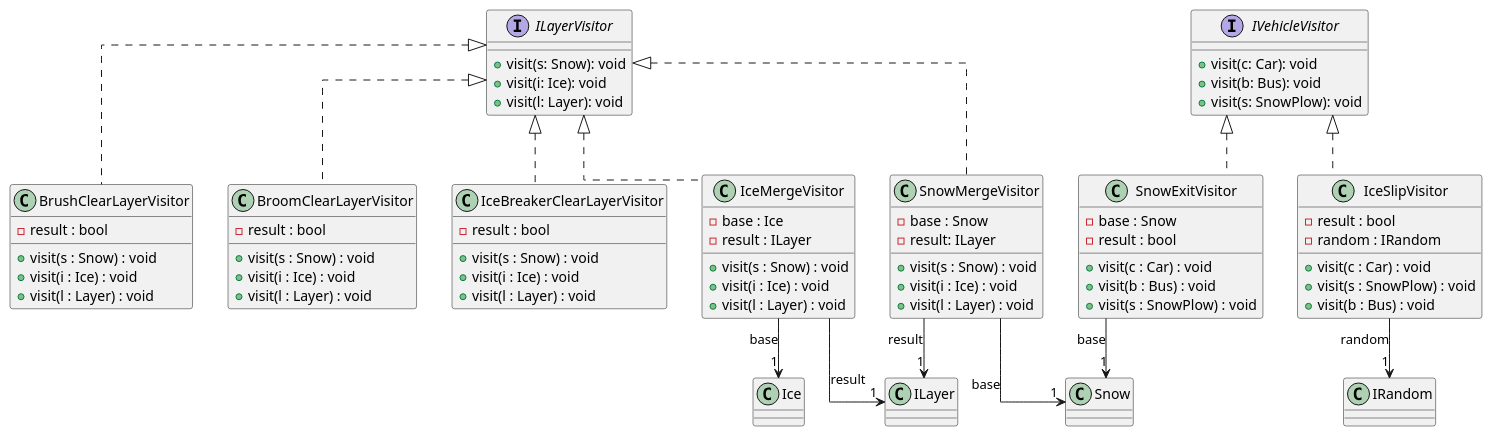
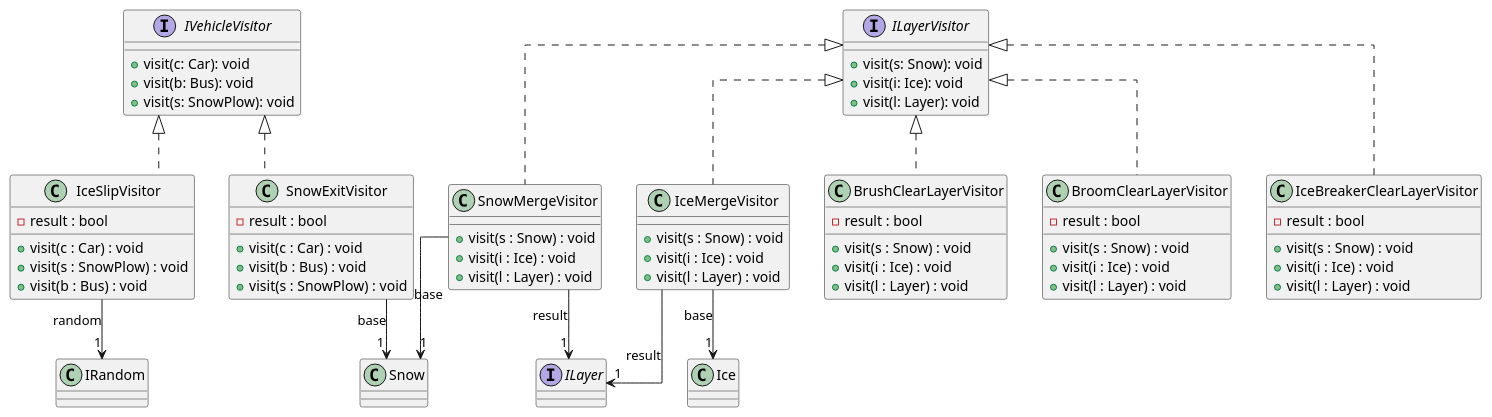
The diagram in docs/analizis1/classdiagram/2.plantuml (uhrinandor/spring), drawn with PlantUML before and after one commit. The commit also changed 3 other files, not shown here.

```diff
--- a/docs/analizis1/classdiagram/2.plantuml
+++ b/docs/analizis1/classdiagram/2.plantuml
@@ -1,80 +1,76 @@
 @startuml "visitors"
 skinparam linetype ortho
+
+interface "ILayer"
 
    interface ILayerVisitor {
        + visit(s: Snow): void
        + visit(i: Ice): void
        + visit(l: Layer): void
    }
 
 
    interface IVehicleVisitor {
        + visit(c: Car): void
        + visit(b: Bus): void
        + visit(s: SnowPlow): void
    }
 
 
    class SnowMergeVisitor implements ILayerVisitor{
-        - base : Snow
-        - result: ILayer
         + visit(s : Snow) : void
         + visit(i : Ice) : void
         + visit(l : Layer) : void
     }
     SnowMergeVisitor --> "1" Snow: base
     SnowMergeVisitor --> "1" ILayer: result
 
     class IceMergeVisitor implements ILayerVisitor{
-        - base : Ice
-        - result : ILayer
         + visit(s : Snow) : void
         + visit(i : Ice) : void
         + visit(l : Layer) : void
     }
     IceMergeVisitor --> "1" Ice: base
     IceMergeVisitor --> "1" ILayer: result
 
     class IceSlipVisitor implements IVehicleVisitor{
         - result : bool
-        - random : IRandom
         + visit(c : Car) : void
         + visit(s : SnowPlow) : void
         + visit(b : Bus) : void
     }
 
     IceSlipVisitor --> "1" IRandom: random
 
     class SnowExitVisitor implements IVehicleVisitor{
-        - base : Snow
         - result : bool
         + visit(c : Car) : void
         + visit(b : Bus) : void
         + visit(s : SnowPlow) : void
     }
     SnowExitVisitor --> "1" Snow: base
 
     class BrushClearLayerVisitor implements ILayerVisitor{
         - result : bool
         + visit(s : Snow) : void
         + visit(i : Ice) : void
         + visit(l : Layer) : void
     }
 
     class BroomClearLayerVisitor implements ILayerVisitor{
         - result : bool
         + visit(s : Snow) : void
         + visit(i : Ice) : void
         + visit(l : Layer) : void
     }
 
     class IceBreakerClearLayerVisitor implements ILayerVisitor{
         - result : bool
         + visit(s : Snow) : void
         + visit(i : Ice) : void
         + visit(l : Layer) : void
     }
 
 
 
 @enduml
```
